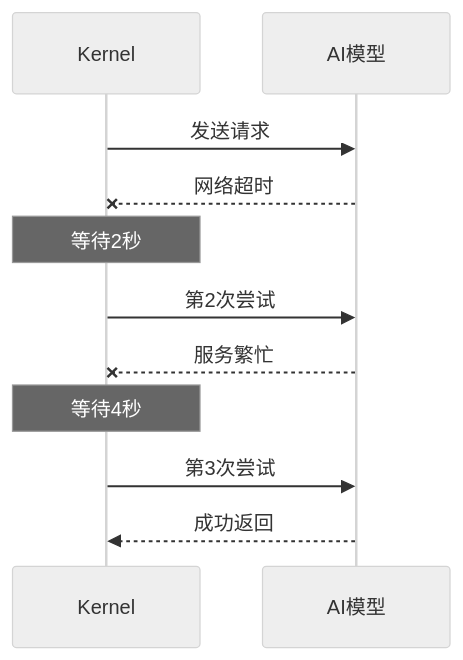
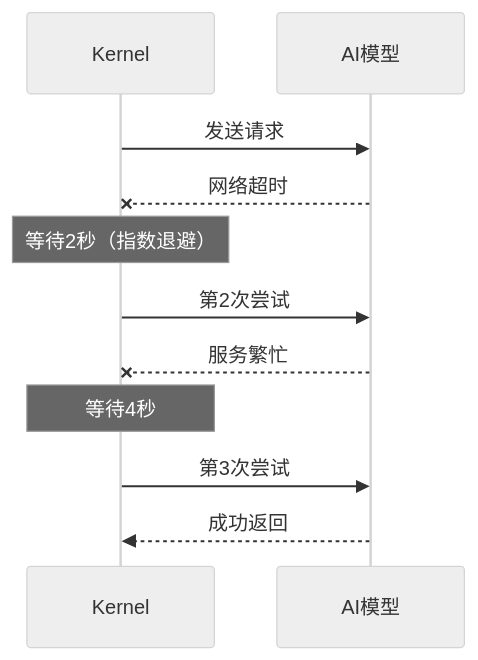
Before and after one commit to yeheng/nanobot-rs: diagram 11 of 16 in docs/kernel.md, drawn with Mermaid (neutral theme). The commit also changed other lines of this file and 35 other files, not shown here.

````diff
--- a/docs/kernel.md
+++ b/docs/kernel.md
@@ -299,18 +291,18 @@
 ```mermaid
 sequenceDiagram
     participant K as Kernel
     participant AI as AI模型
     
     K->>AI: 发送请求
     AI--xK: 网络超时
     
-    Note over K: 等待2秒
+    Note over K: 等待2秒（指数退避）
     
     K->>AI: 第2次尝试
     AI--xK: 服务繁忙
     
     Note over K: 等待4秒
     
     K->>AI: 第3次尝试
     AI-->>K: 成功返回
 ```
````
